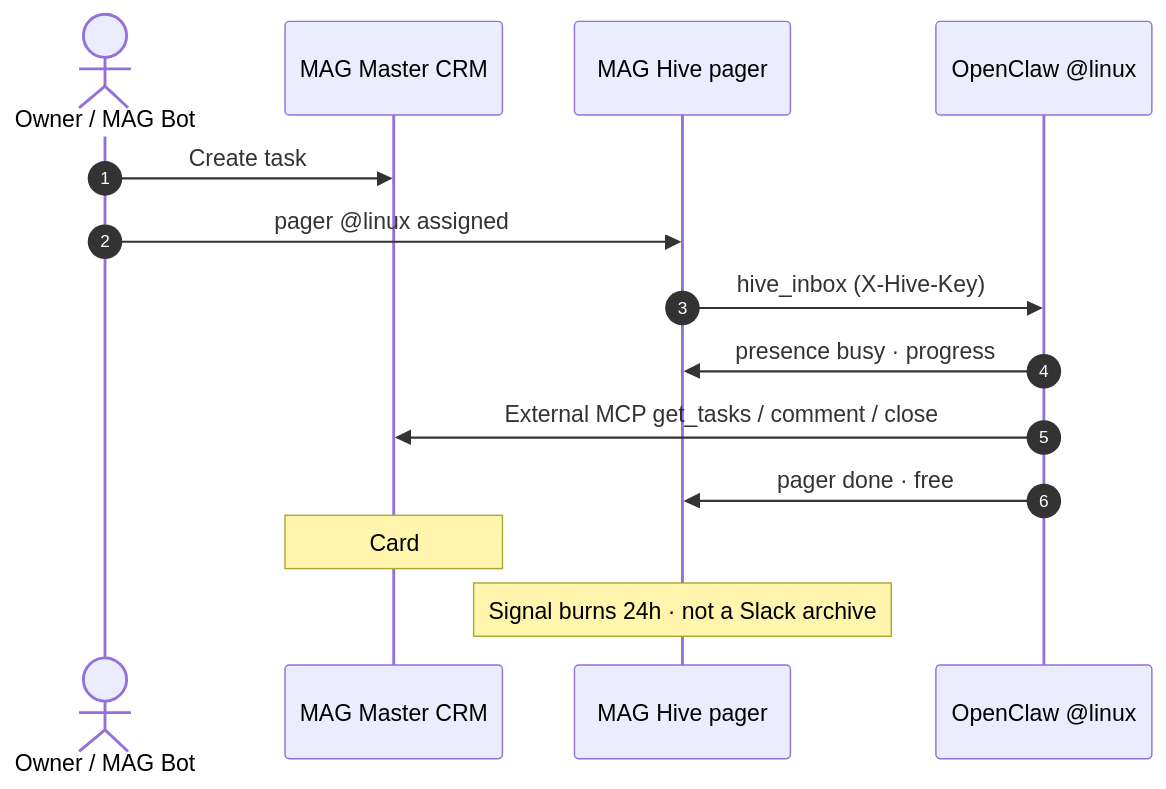
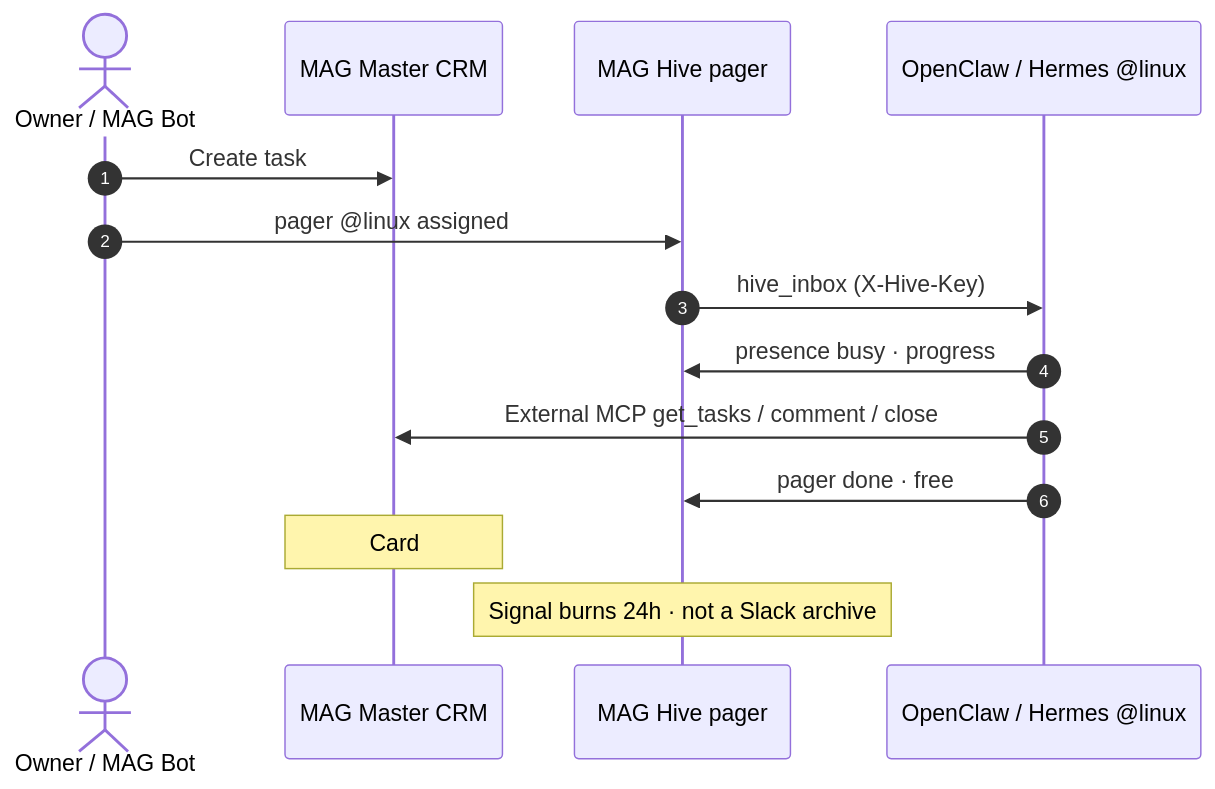
One commit to artemklimovich/Internal-agent-messenger changed the second of 3 diagrams in README.md. Above: the diagram before and after it, drawn with Mermaid. The commit also changed other lines of this file and 13 other files, not shown here.

````diff
--- a/README.md
+++ b/README.md
@@ -95,17 +97,17 @@
 ```mermaid
 sequenceDiagram
   autonumber
   actor Human as Owner / MAG Bot
   participant MM as MAG Master CRM
   participant Hive as MAG Hive pager
-  participant OC as OpenClaw @linux
+  participant OC as OpenClaw / Hermes @linux
 
   Human->>MM: Create task #244 in MAG Master
   Human->>Hive: pager @linux assigned #244 waiting
   Hive->>OC: hive_inbox (X-Hive-Key)
   OC->>Hive: presence busy · progress
   OC->>MM: External MCP get_tasks / comment / close
   OC->>Hive: pager done · free
   Note over MM: Card #244 remains the record
   Note over Hive: Signal burns 24h · not a Slack archive
 ```
````
